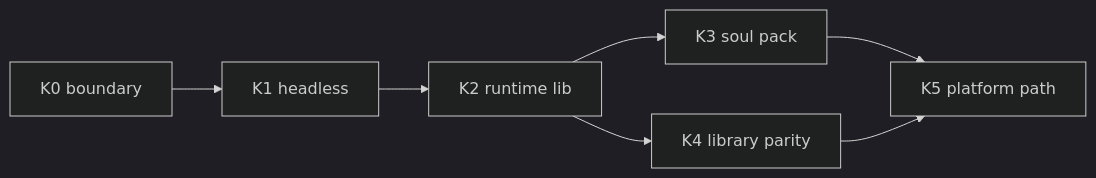
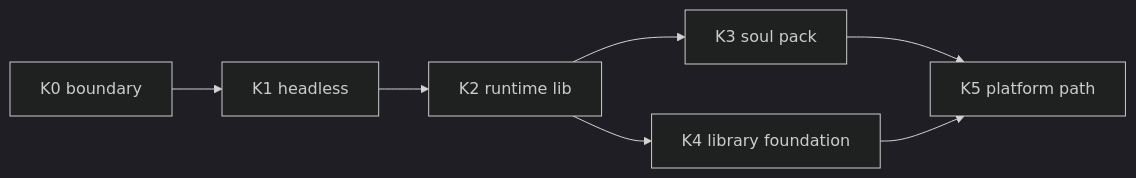
One commit to linkaiheng2233-cyber/oclivenewnew changed the diagram in creator-docs-en/getting-started/KERNEL_IMPLEMENTATION_PLAN.md. Above: the diagram before and after it, drawn with Mermaid (dark theme). The commit also changed other lines of this file and 13 other files, not shown here.

````diff
--- a/creator-docs-en/getting-started/KERNEL_IMPLEMENTATION_PLAN.md
+++ b/creator-docs-en/getting-started/KERNEL_IMPLEMENTATION_PLAN.md
@@ -24,9 +24,9 @@
 ```mermaid
 flowchart LR
   K0[K0 boundary] --> K1[K1 headless]
   K1 --> K2[K2 runtime lib]
   K2 --> K3[K3 soul pack]
-  K2 --> K4[K4 library parity]
+  K2 --> K4[K4 library foundation]
   K3 --> K5[K5 platform path]
   K4 --> K5
 ```
````
